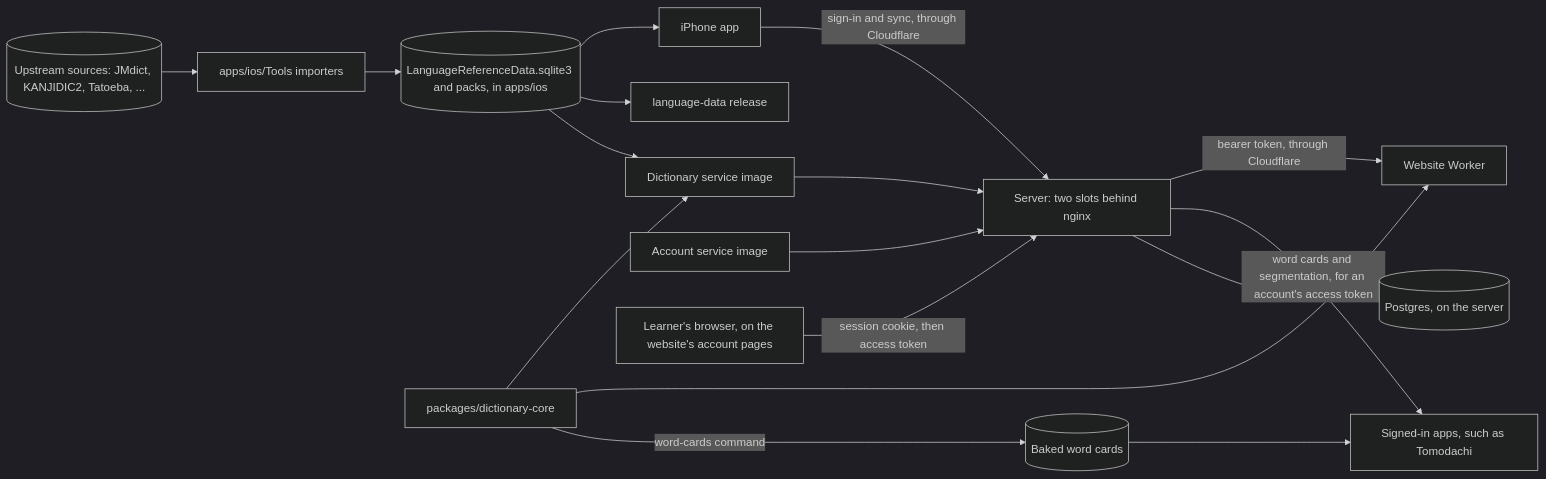
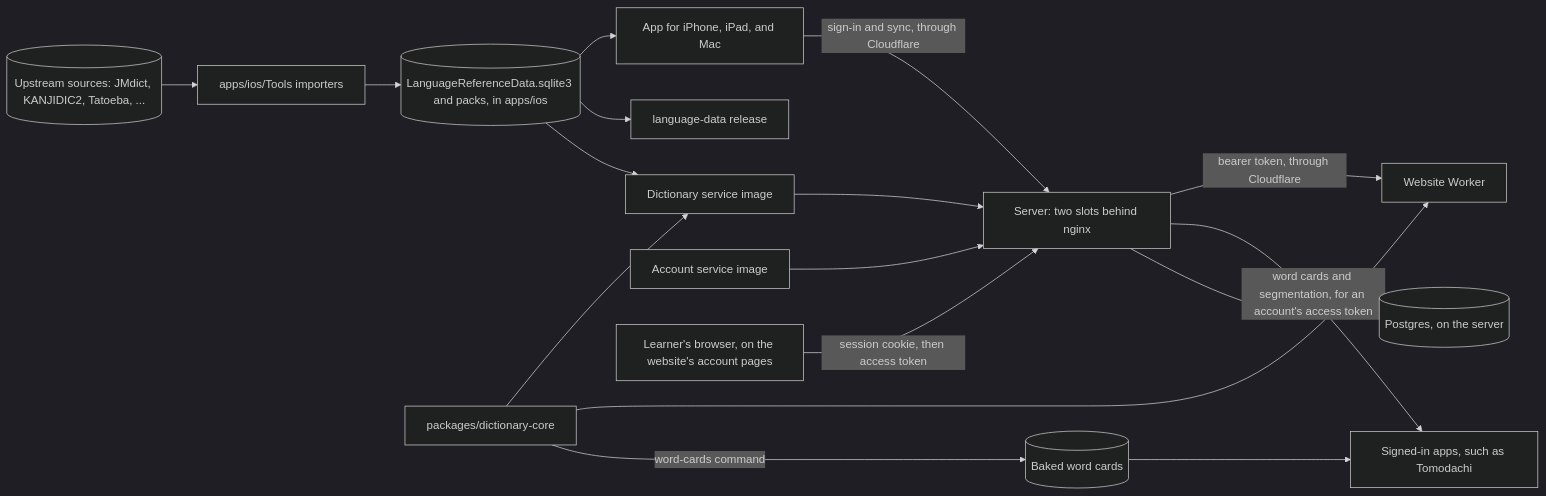
One commit to serpcompany/zenbujapanese-monorepo changed the diagram in ARCHITECTURE.md. Above: the diagram before and after it, drawn with Mermaid (dark theme). The commit also changed other lines of this file and 11 other files, not shown here.

First line of the commit message:
Document the app on iPad and the Mac

````diff
--- a/ARCHITECTURE.md
+++ b/ARCHITECTURE.md
@@ -22,19 +22,19 @@
 ```mermaid
 flowchart LR
     Sources[("Upstream sources: JMdict, KANJIDIC2, Tatoeba, ...")] --> Tools["apps/ios/Tools importers"]
     Tools --> Data[("LanguageReferenceData.sqlite3 and packs, in apps/ios")]
-    Data --> App["iPhone app"]
+    Data --> App["App for iPhone, iPad, and Mac"]
     Data --> Release["language-data release"]
     Data --> Image["Dictionary service image"]
     Core["packages/dictionary-core"] --> Image
     Image --> Server["Server: two slots behind nginx"]
     Server -->|"bearer token, through Cloudflare"| Site["Website Worker"]
     Server -->|"word cards and segmentation, for an account's access token"| Apps["Signed-in apps, such as Tomodachi"]
     Core --> Site
     Core -->|"word-cards command"| Cards[("Baked word cards")]
     Cards --> Apps
     Accounts["Account service image"] --> Server
     App -->|"sign-in and sync, through Cloudflare"| Server
     Server --- Postgres[("Postgres, on the server")]
     Browser["Learner's browser, on the website's account pages"] -->|"session cookie, then access token"| Server
 ```
````
